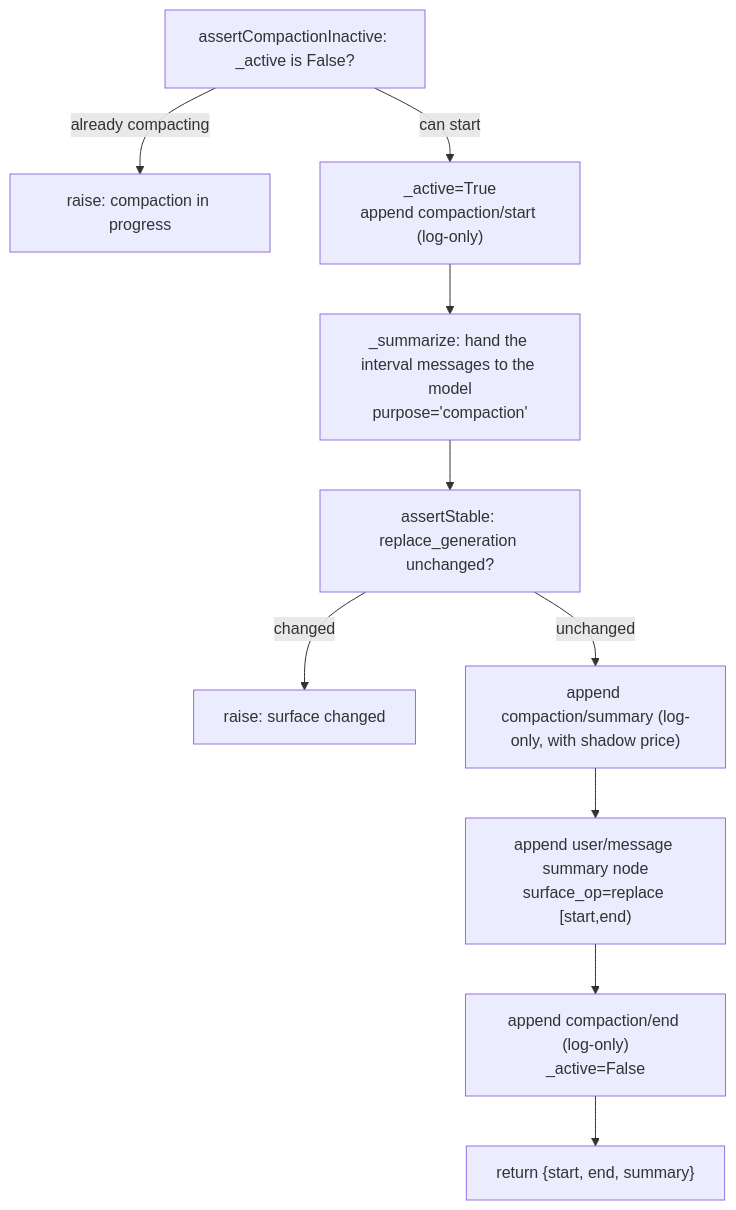
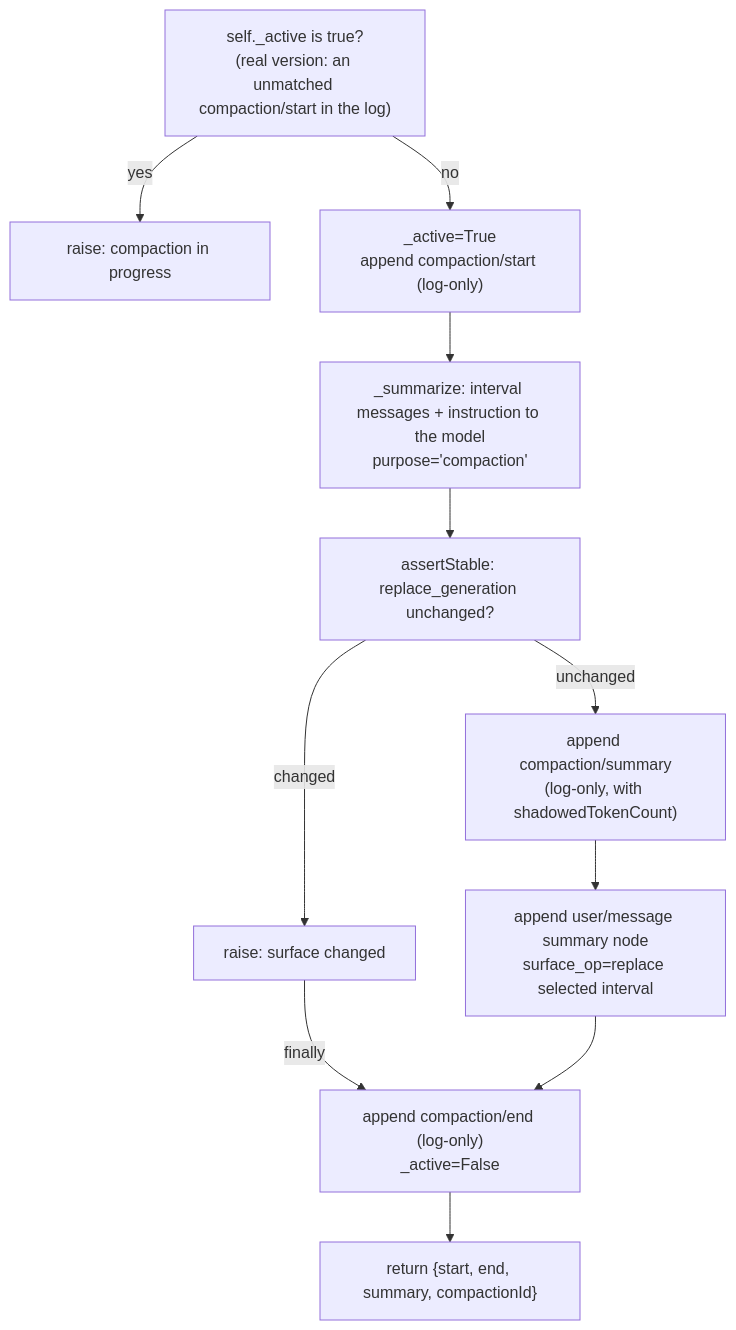
The second of 2 diagrams in ch10/ch10-compaction_en.md (ChenYu1991ppak/deepseek-harness-anatomy), drawn with Mermaid before and after one commit. The commit also changed other lines of this file and 124 other files, not shown here.

````diff
--- a/ch10/ch10-compaction_en.md
+++ b/ch10/ch10-compaction_en.md
@@ -379,12 +407,13 @@
 ```mermaid
 flowchart TD
-    A["assertCompactionInactive: _active is False?"] -- already compacting --> X0["raise: compaction in progress"]
-    A -- can start --> B["_active=True<br/>append compaction/start (log-only)"]
-    B --> C["_summarize: hand the interval messages to the model<br/>purpose='compaction'"]
+    A["self._active is true?<br/>(real version: an unmatched compaction/start in the log)"] -- yes --> X0["raise: compaction in progress"]
+    A -- no --> B["_active=True<br/>append compaction/start (log-only)"]
+    B --> C["_summarize: interval messages + instruction to the model<br/>purpose='compaction'"]
     C --> D["assertStable: replace_generation unchanged?"]
     D -- changed --> X["raise: surface changed"]
-    D -- unchanged --> E["append compaction/summary (log-only, with shadow price)"]
-    E --> F["append user/message summary node<br/>surface_op=replace [start,end)"]
+    D -- unchanged --> E["append compaction/summary<br/>(log-only, with shadowedTokenCount)"]
+    E --> F["append user/message summary node<br/>surface_op=replace selected interval"]
+    X -- finally --> G
     F --> G["append compaction/end (log-only)<br/>_active=False"]
-    G --> H["return {start, end, summary}"]
+    G --> H["return {start, end, summary, compactionId}"]
 ```
````
